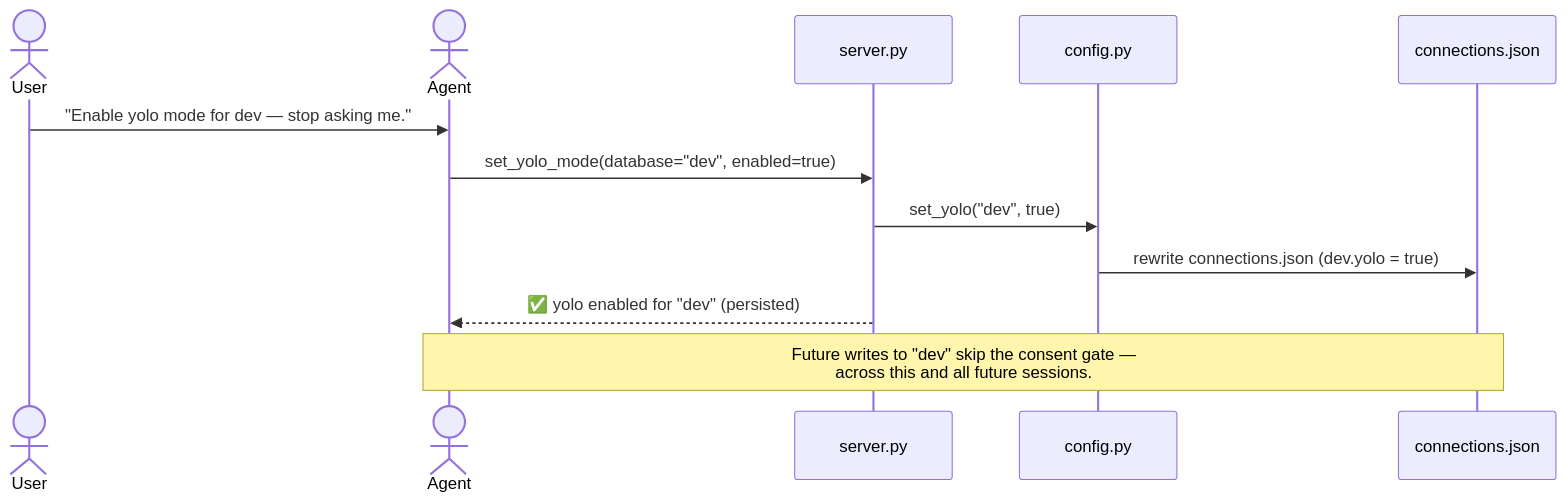
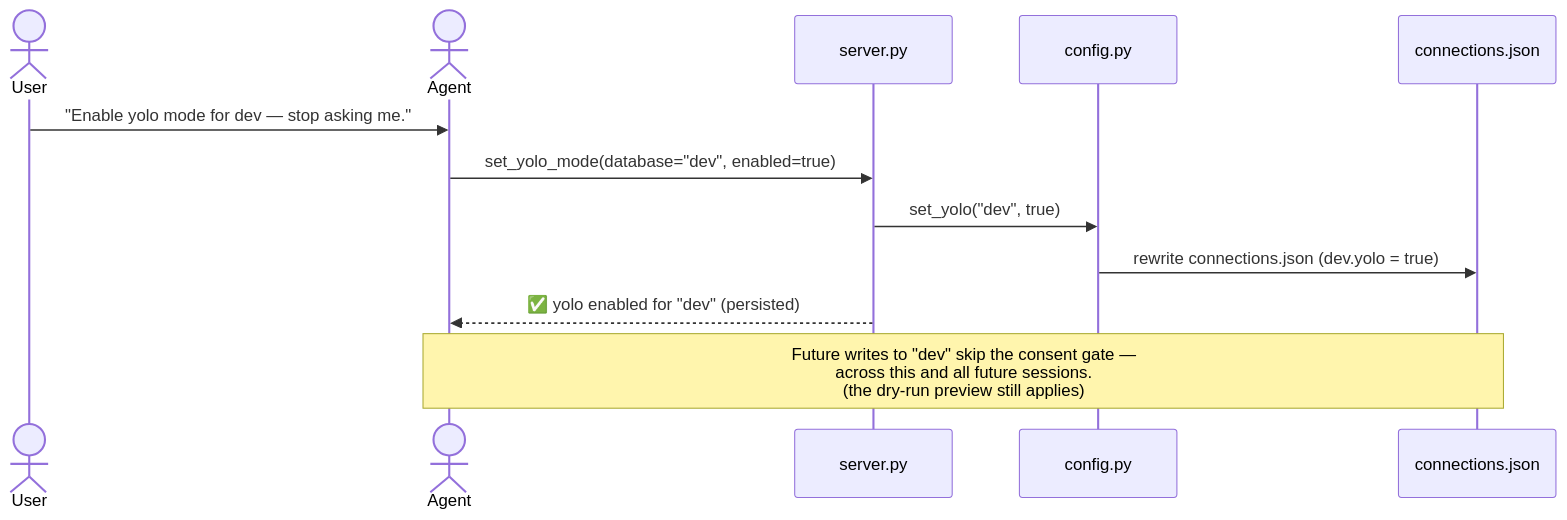
The fifth of 7 diagrams in docs/ARCHITECTURE.md (Idle-Sync/db-conn-mcp), drawn with Mermaid before and after one commit. The commit also changed other lines of this file and 9 other files, not shown here.

````diff
--- a/docs/ARCHITECTURE.md
+++ b/docs/ARCHITECTURE.md
@@ -223,16 +225,16 @@
 ```mermaid
 sequenceDiagram
     actor User
     actor Agent
     participant Server as server.py
     participant Cfg as config.py
     participant FS as connections.json
 
     User->>Agent: "Enable yolo mode for dev — stop asking me."
     Agent->>Server: set_yolo_mode(database="dev", enabled=true)
     Server->>Cfg: set_yolo("dev", true)
     Cfg->>FS: rewrite connections.json (dev.yolo = true)
     Server-->>Agent: ✅ yolo enabled for "dev" (persisted)
 
-    Note over Agent,FS: Future writes to "dev" skip the consent gate —<br/>across this and all future sessions.
+    Note over Agent,FS: Future writes to "dev" skip the consent gate —<br/>across this and all future sessions.<br/>(the dry-run preview still applies)
 ```
````
